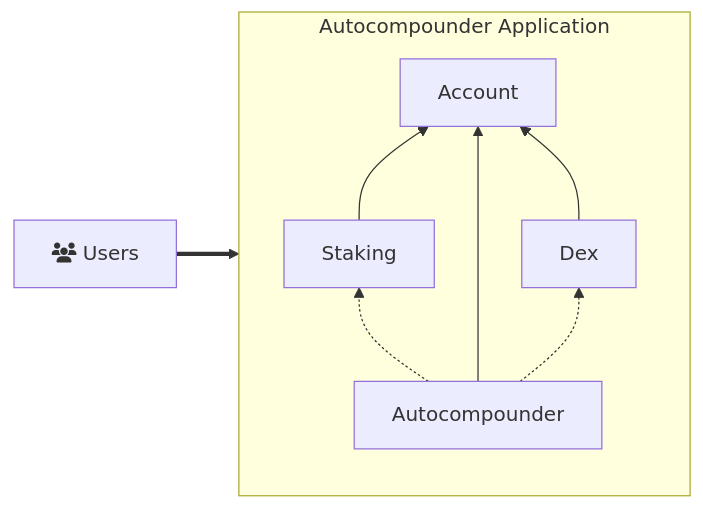
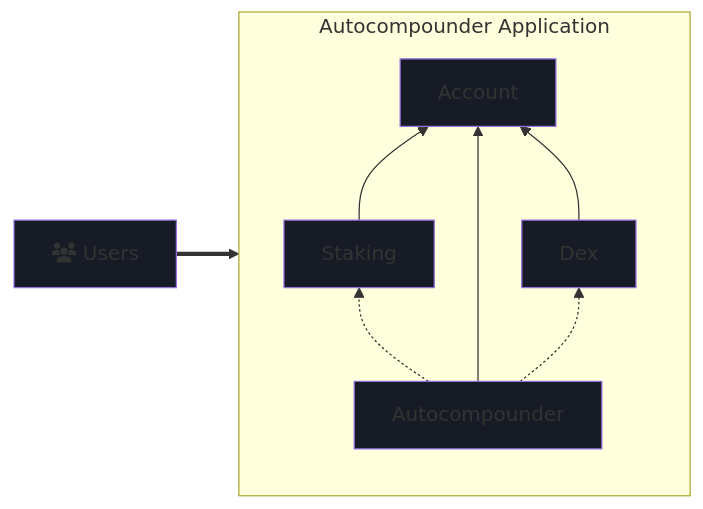
The second of 4 diagrams in framework/docs/src/2_introduction/1_design_space.md (AbstractSDK/abstract), drawn with Mermaid before and after one commit. The commit also changed other lines of this file and 3 other files, not shown here.

Commit message:
docs: improve mermaid diagrams

````diff
--- a/framework/docs/src/2_introduction/1_design_space.md
+++ b/framework/docs/src/2_introduction/1_design_space.md
@@ -37,13 +40,19 @@
 ```mermaid
 flowchart LR
     subgraph Autocompounder Application
         direction BT
-        Autocompounder-.->Dex
-        Autocompounder-.->Staking
-        Staking-->Account
-        Autocompounder-->Account
-        Dex-->Account
+        Autocompounder -.-> Dex
+        Autocompounder -.-> Staking
+        Staking --> Account
+        Autocompounder --> Account
+        Dex --> Account
     end
-    
-    User[fa:fa-users Users]==>Autocompounder
+
+    User[fa:fa-users Users] ==> Autocompounder
+
+    style User fill: #161b25
+    style Autocompounder fill: #161b25
+    style Staking fill: #161b25
+    style Dex fill: #161b25
+    style Account fill: #161b25
 ```
````
